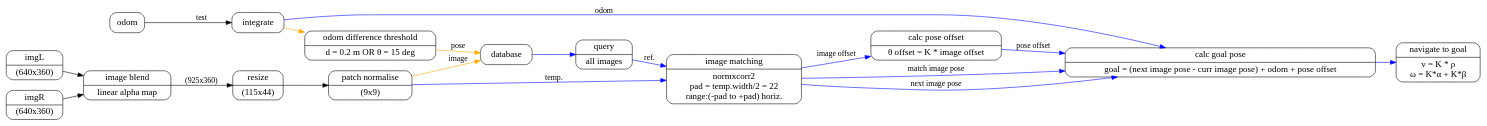
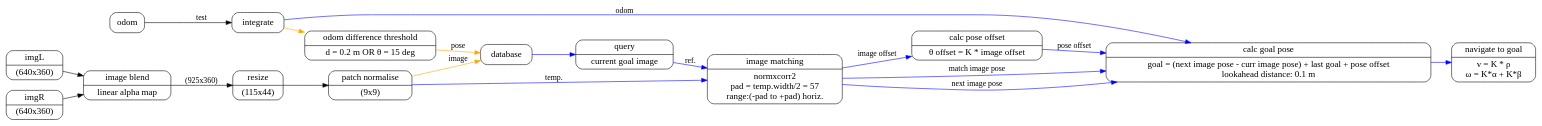
One commit to QVPR/teach-repeat changed the diagram in docs/system-diagram.dot. Above: the diagram before and after it, drawn with Graphviz. The commit also changed 1 other file, not shown here.

Commit message:
Updated system diagram to reflect current approach

```diff
--- a/docs/system-diagram.dot
+++ b/docs/system-diagram.dot
@@ -1,114 +1,111 @@
 digraph system_diagram {
 	graph [
 		rankdir = "LR"
 	];
 	node [
 		fontsize = "16"
 		shape = "Mrecord"
 	];
 	edge [
 	];
 
 	// -- Odom --
 	// Nodes
 	"odom";
 	"integrate";
 	"odom diff"[
 		label = "odom difference threshold | d = 0.2 m OR &theta; = 15 deg"
 	];
 	"database";
 	// Edges
 	"odom" -> "integrate" [
 		label = "test"
 	];
 	"integrate" -> "odom diff"[
 		color="orange";
 	]
 	"odom diff" -> "database"[
 		label="pose";
 		color="orange";
 	];
 	// -- Img --
 	// Nodes
 	"imgL"[
 		label = "imgL | (640x360)"
 	];
 	"imgR"[
 		label = "imgR | (640x360)"
 	];
 	"img blend"[
 		label = "image blend | linear alpha map"
 	];
 	"resize"[
 		label = "resize | (115x44)"
 	]
 	"patch norm"[
 		label = "patch normalise | (9x9)"
 	]
 	// Edges
 	"imgL" -> "img blend";
 	"imgR" -> "img blend";
 	"img blend" -> "resize"[
 		label="(925x360)"
 	];
 	"resize" -> "patch norm";
 	"patch norm" -> "database"[
 		color="orange";
 		label="image";
 	]
 	// -- Query --
 	// Nodes
 	"query"[
-		label = "query | all images"
+		label = "query | current goal image"
 	]
 	"matcher"[
-		label = "image matching | normxcorr2\npad = temp.width/2 = 22\nrange:(-pad to +pad) horiz."
-		// style="wedged"
-		// fillcolor="yellow;0.25:blue"
-		// gradientangle="270"
+		label = "image matching | normxcorr2\npad = temp.width/2 = 57\nrange:(-pad to +pad) horiz."
 	]
 	"pose offset"[
 		label="calc pose offset | &theta; offset = K * image offset"
 	]
 	"goal pose"[
-		label="calc goal pose | goal = (next image pose - curr image pose) + odom + pose offset"
+		label="calc goal pose | goal = (next image pose - curr image pose) + last goal + pose offset\nlookahead distance: 0.1 m"
 	]
 	"goto goal"[
 		label="navigate to goal | v = K * &rho;\n&omega; = K*&alpha; + K*&beta;"
 	]
 	// Edges
 	"database" -> "query"[
 		color="blue";
 	]
 	"query" -> "matcher"[
 		label="ref.";
 		color="blue";
 	]
 	"patch norm" -> "matcher"[
 		color="blue";
 		label="temp.";
 	]
 	"matcher" -> "pose offset"[
 		label="image offset";
 		color="blue";
 	]
 	"pose offset" -> "goal pose"[
 		label="pose offset";
 		color="blue";
 	]
 	"matcher" -> "goal pose"[
 		label="match image pose";
 		color="blue";
 	]
 	"matcher" -> "goal pose"[
 		label="next image pose";
 		color="blue";
 	]
 	"integrate" -> "goal pose"[
 		color="blue";
 		label="odom";
 	]
 	"goal pose" -> "goto goal"[
 		color="blue";
 	]
 }
```
